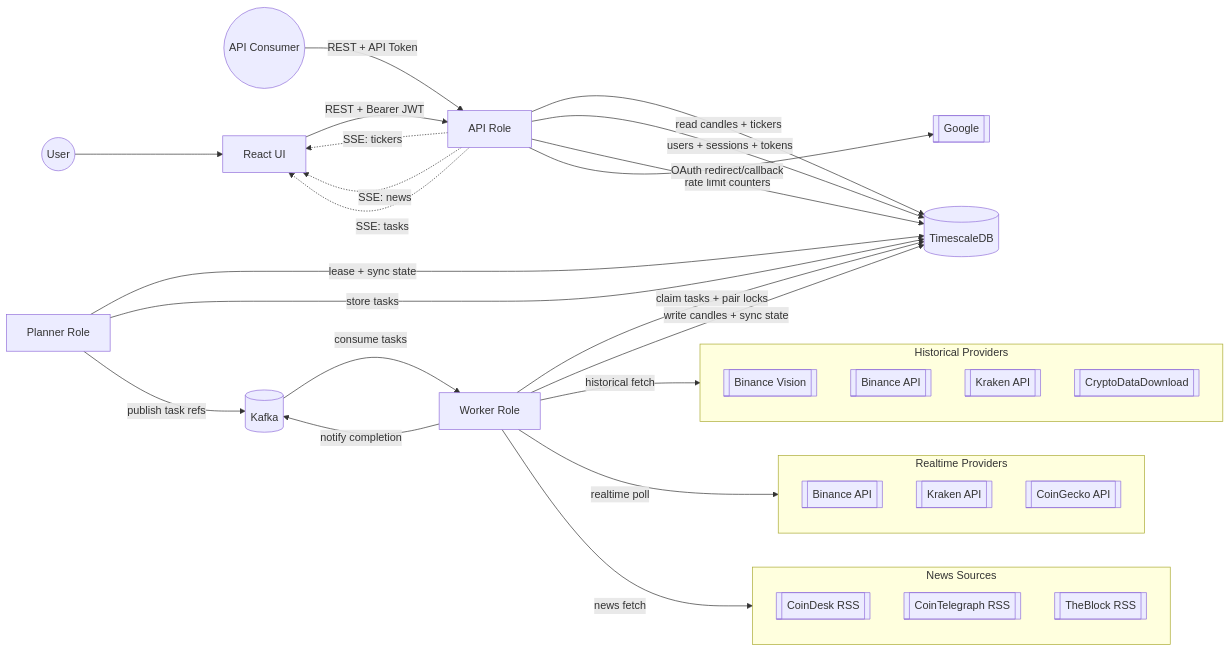
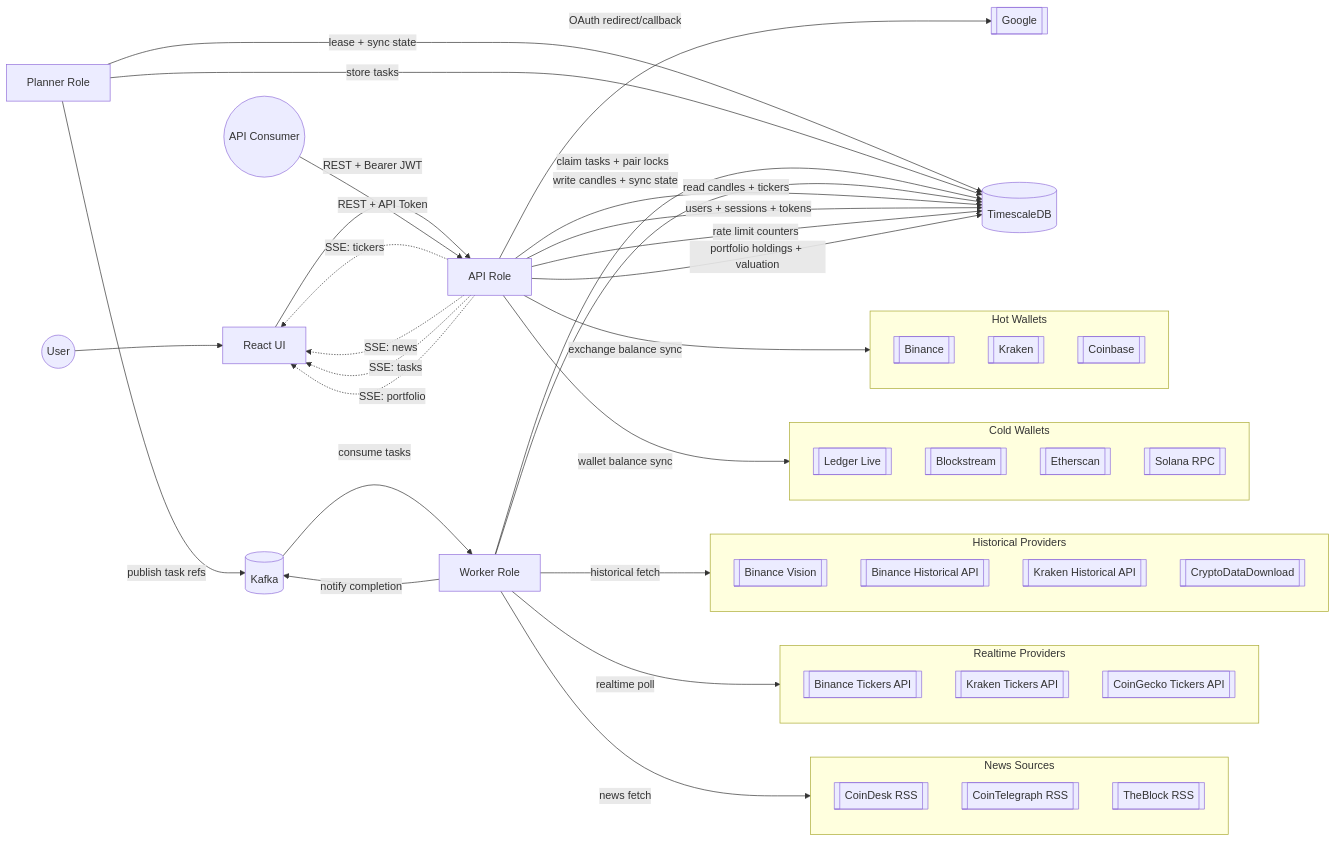
Before and after one commit to block-o/exchangely: the diagram in README.md, drawn with Mermaid. The commit also changed other lines of this file and 77 other files, not shown here.

First line of the commit message:
Add portfolio tracker with multi-source holdings, encrypted credentials, and live valuation (#55)

````diff
--- a/README.md
+++ b/README.md
@@ -28,56 +39,74 @@
 ```mermaid
 flowchart LR
     User((User))
     Bot((API Consumer))
     User --> UI[React UI]
     UI -->|REST + Bearer JWT| API
     Bot -->|REST + API Token| API
 
     API[API Role]
-    API -->|read candles + tickers| TS
-    API -->|users + sessions + tokens| TS
-    API -->|rate limit counters| TS
     API -->|OAuth redirect/callback| Google[[Google]]
 
     API -.->|SSE: tickers| UI
     API -.->|SSE: news| UI
     API -.->|SSE: tasks| UI
+    API -.->|SSE: portfolio| UI
+
+    API -->|exchange balance sync| HotWallets
+    API -->|wallet balance sync| ColdWallets
 
     Planner[Planner Role]
     Planner -->|lease + sync state| TS
     Planner -->|store tasks| TS
     Planner -->|publish task refs| Kafka
 
     Kafka[(Kafka)]
     Kafka -->|consume tasks| Worker
 
     Worker[Worker Role]
     Worker -->|claim tasks + pair locks| TS
     Worker -->|write candles + sync state| TS
     Worker -->|notify completion| Kafka
 
     Worker -->|historical fetch| Historical
     Worker -->|realtime poll| RealtimeSrc
     Worker -->|news fetch| News
 
     subgraph Historical[Historical Providers]
         BinanceVision[[Binance Vision]]
-        BinanceHist[[Binance API]]
-        KrakenHist[[Kraken API]]
+        BinanceHist[[Binance Historical API]]
+        KrakenHist[[Kraken Historical API]]
         CDD[[CryptoDataDownload]]
     end
 
     subgraph RealtimeSrc[Realtime Providers]
-        BinanceRT[[Binance API]]
-        KrakenRT[[Kraken API]]
-        CoinGecko[[CoinGecko API]]
+        BinanceRT[[Binance Tickers API]]
+        KrakenRT[[Kraken Tickers API]]
+        CoinGecko[[CoinGecko Tickers API]]
     end
 
     subgraph News[News Sources]
         CoinDesk[[CoinDesk RSS]]
         CoinTelegraph[[CoinTelegraph RSS]]
         TheBlock[[TheBlock RSS]]
     end
 
+    subgraph HotWallets[Hot Wallets]
+        Binance[[Binance]]
+        Kraken[[Kraken]]
+        Coinbase[[Coinbase]]
+    end
+
+    subgraph ColdWallets[Cold Wallets]
+        LedgerLive[[Ledger Live]]
+        Blockstream[[Blockstream]]        
+        Etherscan[[Etherscan]]
+        SolanaRPC[[Solana RPC]]
+    end
+
+    API -->|read candles + tickers| TS
+    API -->|users + sessions + tokens| TS
+    API -->|rate limit counters| TS
+    API -->|portfolio holdings + valuation| TS
     TS[(TimescaleDB)]
 ```
````
